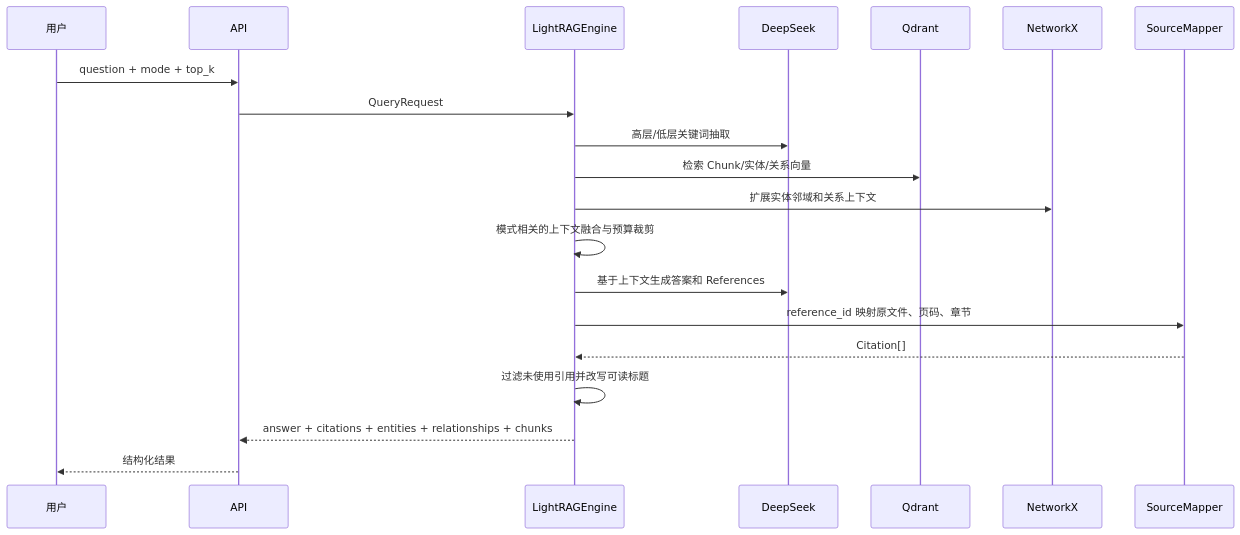
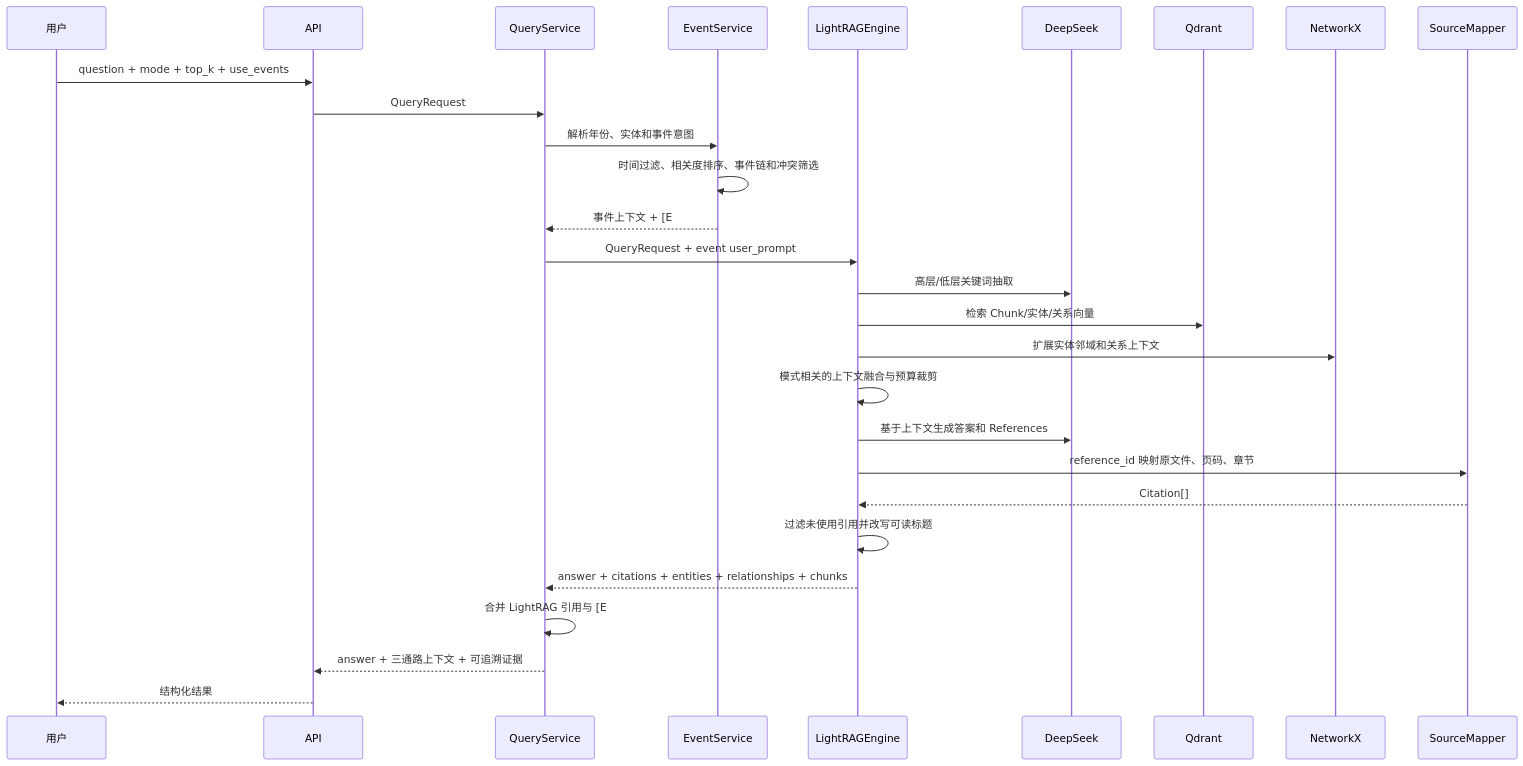
One commit to zomer2001/rag_prepare changed the third of 4 diagrams in TECHNICAL_REPORT.md. Above: the diagram before and after it, drawn with Mermaid. The commit also changed other lines of this file and 2 other files, not shown here.

Commit message:
docs: update architecture report and runbook

````diff
--- a/TECHNICAL_REPORT.md
+++ b/TECHNICAL_REPORT.md
@@ -149,23 +174,31 @@
 ```mermaid
 sequenceDiagram
     participant U as 用户
     participant A as API
+    participant SVC as QueryService
+    participant V as EventService
     participant L as LightRAGEngine
     participant M as DeepSeek
     participant Q as Qdrant
     participant G as NetworkX
     participant S as SourceMapper
 
-    U->>A: question + mode + top_k
-    A->>L: QueryRequest
+    U->>A: question + mode + top_k + use_events
+    A->>SVC: QueryRequest
+    SVC->>V: 解析年份、实体和事件意图
+    V->>V: 时间过滤、相关度排序、事件链和冲突筛选
+    V-->>SVC: 事件上下文 + [E#] 证据映射
+    SVC->>L: QueryRequest + event user_prompt
     L->>M: 高层/低层关键词抽取
     L->>Q: 检索 Chunk/实体/关系向量
     L->>G: 扩展实体邻域和关系上下文
     L->>L: 模式相关的上下文融合与预算裁剪
     L->>M: 基于上下文生成答案和 References
     L->>S: reference_id 映射原文件、页码、章节
     S-->>L: Citation[]
     L->>L: 过滤未使用引用并改写可读标题
-    L-->>A: answer + citations + entities + relationships + chunks
+    L-->>SVC: answer + citations + entities + relationships + chunks
+    SVC->>SVC: 合并 LightRAG 引用与 [E#] 事件引用
+    SVC-->>A: answer + 三通路上下文 + 可追溯证据
     A-->>U: 结构化结果
 ```
````
